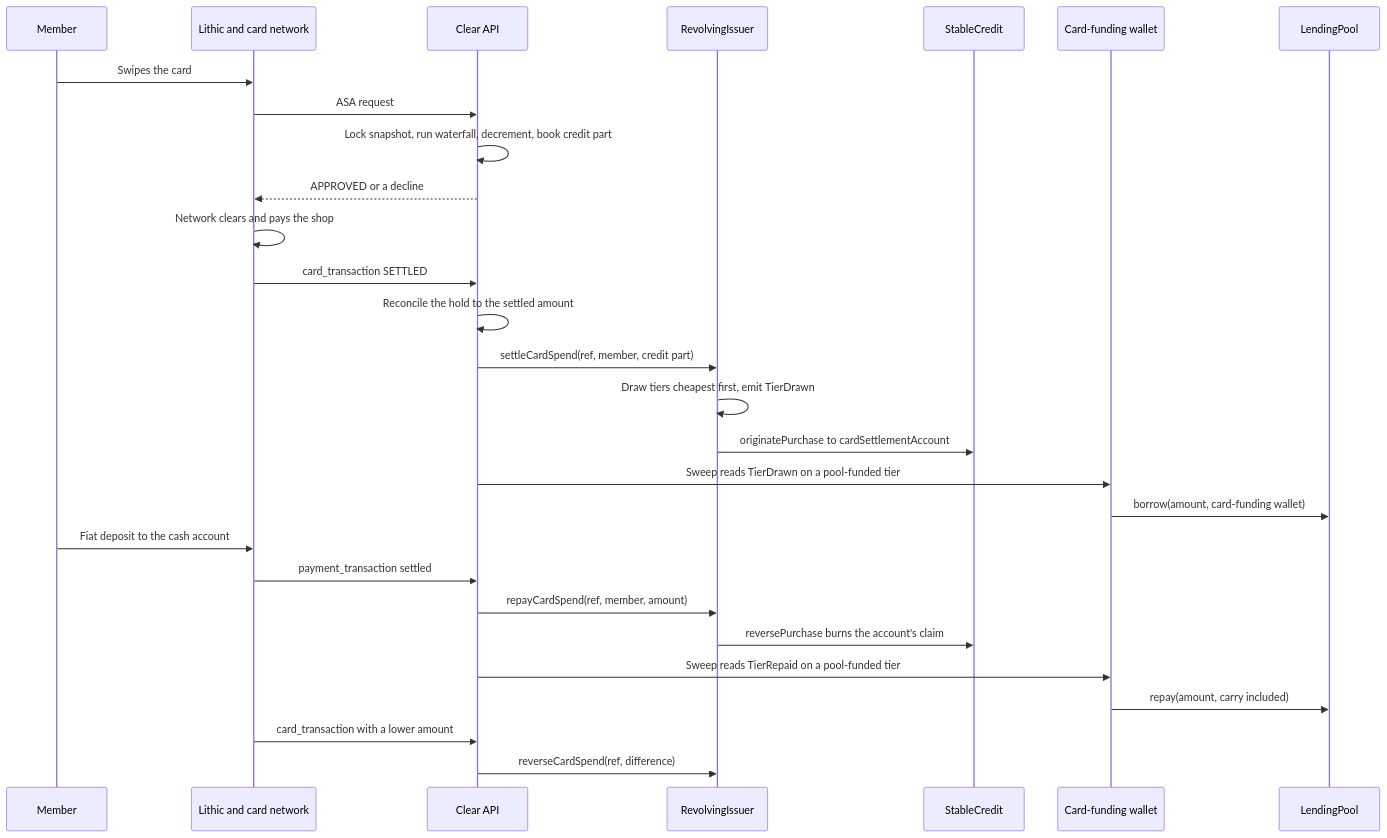
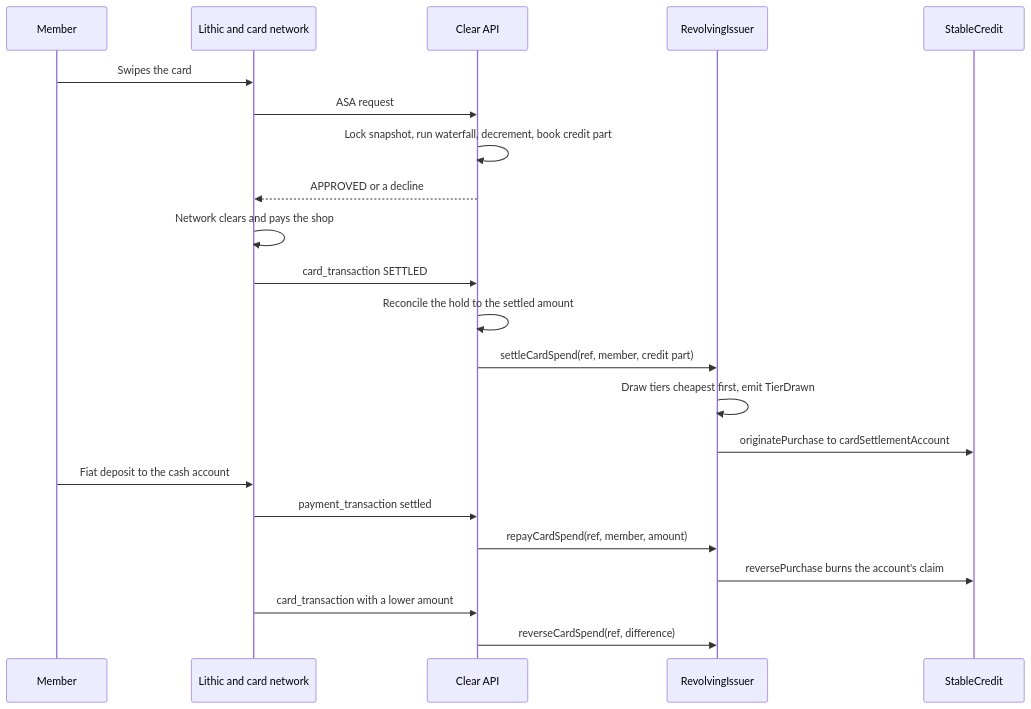
The diagram in docs/protocol/visa-card-purchases.md (Deed3Labs/Protocol-Contracts), drawn with Mermaid before and after one commit. The commit also changed other lines of this file and 8 other files, not shown here.

First line of the commit message:
Card settlement no longer borrows from or repays the Yield Pool (decision 17)

````diff
--- a/docs/protocol/visa-card-purchases.md
+++ b/docs/protocol/visa-card-purchases.md
@@ -21,31 +20,25 @@
 ```mermaid
 sequenceDiagram
     participant M as Member
     participant L as Lithic and card network
     participant A as Clear API
     participant R as RevolvingIssuer
     participant S as StableCredit
-    participant W as Card-funding wallet
-    participant P as LendingPool
 
     M->>L: Swipes the card
     L->>A: ASA request
     A->>A: Lock snapshot, run waterfall, decrement, book credit part
     A-->>L: APPROVED or a decline
     L->>L: Network clears and pays the shop
     L->>A: card_transaction SETTLED
     A->>A: Reconcile the hold to the settled amount
     A->>R: settleCardSpend(ref, member, credit part)
     R->>R: Draw tiers cheapest first, emit TierDrawn
     R->>S: originatePurchase to cardSettlementAccount
-    A->>W: Sweep reads TierDrawn on a pool-funded tier
-    W->>P: borrow(amount, card-funding wallet)
     M->>L: Fiat deposit to the cash account
     L->>A: payment_transaction settled
     A->>R: repayCardSpend(ref, member, amount)
     R->>S: reversePurchase burns the account's claim
-    A->>W: Sweep reads TierRepaid on a pool-funded tier
-    W->>P: repay(amount, carry included)
     L->>A: card_transaction with a lower amount
     A->>R: reverseCardSpend(ref, difference)
 ```
````
